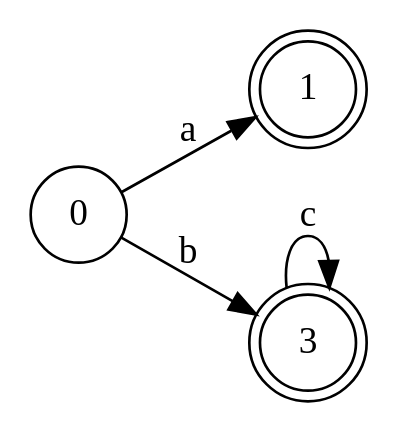
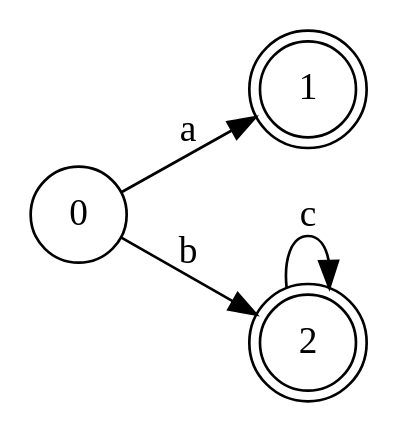
Before and after one commit to Yanis540/M2: the diagram in dfa.dot, drawn with Graphviz. The commit also changed 4 other files, not shown here.

```diff
--- a/dfa.dot
+++ b/dfa.dot
@@ -1,9 +1,9 @@
 digraph DFA {
   rankdir=LR;
   node [shape = circle];
   1 [shape = doublecircle];
-  3 [shape = doublecircle];
-  3 -> 3 [label="c"];
+  2 [shape = doublecircle];
+  2 -> 2 [label="c"];
   0 -> 1 [label="a"];
-  0 -> 3 [label="b"];
+  0 -> 2 [label="b"];
 }
```
